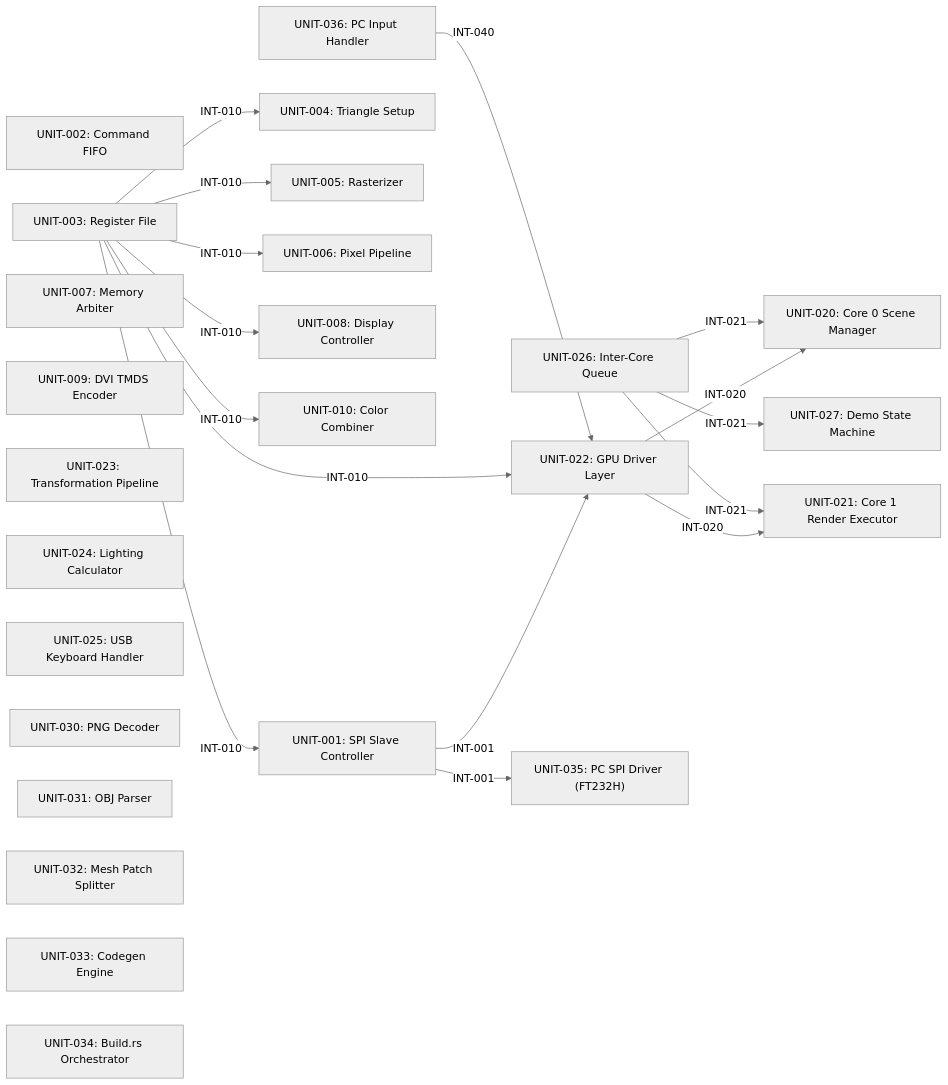
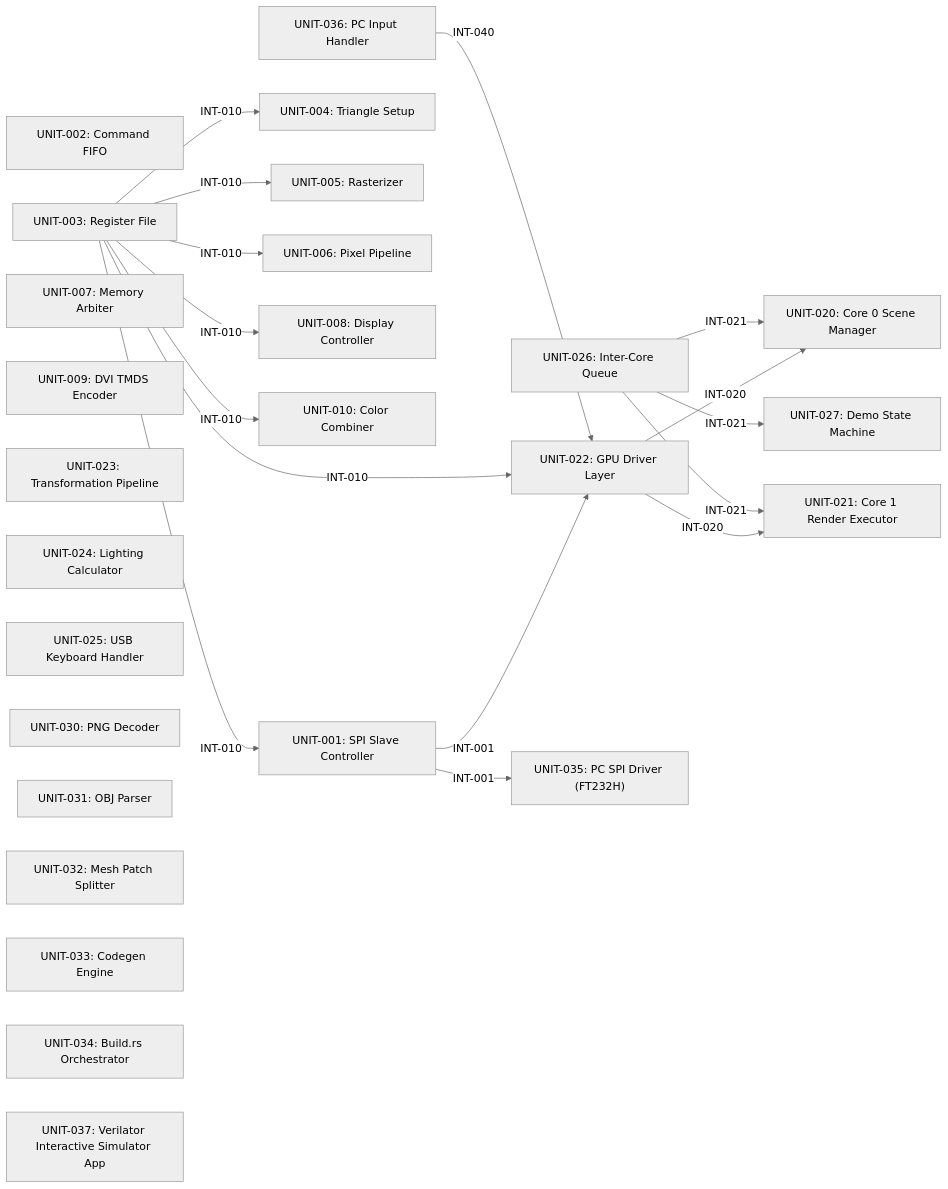
Before and after one commit to londey/pico-gs: the second of 2 diagrams in ARCHITECTURE.md, drawn with Mermaid (neutral theme). The commit also changed other lines of this file and 12 other files, not shown here.

````diff
--- a/ARCHITECTURE.md
+++ b/ARCHITECTURE.md
@@ -319,43 +319,44 @@
 ```mermaid
 flowchart LR
     UNIT_001["UNIT-001: SPI Slave Controller"]
     UNIT_002["UNIT-002: Command FIFO"]
     UNIT_003["UNIT-003: Register File"]
     UNIT_004["UNIT-004: Triangle Setup"]
     UNIT_005["UNIT-005: Rasterizer"]
     UNIT_006["UNIT-006: Pixel Pipeline"]
     UNIT_007["UNIT-007: Memory Arbiter"]
     UNIT_008["UNIT-008: Display Controller"]
     UNIT_009["UNIT-009: DVI TMDS Encoder"]
     UNIT_010["UNIT-010: Color Combiner"]
     UNIT_020["UNIT-020: Core 0 Scene Manager"]
     UNIT_021["UNIT-021: Core 1 Render Executor"]
     UNIT_022["UNIT-022: GPU Driver Layer"]
     UNIT_023["UNIT-023: Transformation Pipeline"]
     UNIT_024["UNIT-024: Lighting Calculator"]
     UNIT_025["UNIT-025: USB Keyboard Handler"]
     UNIT_026["UNIT-026: Inter-Core Queue"]
     UNIT_027["UNIT-027: Demo State Machine"]
     UNIT_030["UNIT-030: PNG Decoder"]
     UNIT_031["UNIT-031: OBJ Parser"]
     UNIT_032["UNIT-032: Mesh Patch Splitter"]
     UNIT_033["UNIT-033: Codegen Engine"]
     UNIT_034["UNIT-034: Build.rs Orchestrator"]
     UNIT_035["UNIT-035: PC SPI Driver (FT232H)"]
     UNIT_036["UNIT-036: PC Input Handler"]
+    UNIT_037["UNIT-037: Verilator Interactive Simulator App"]
     UNIT_001 -->|INT-001| UNIT_022
     UNIT_001 -->|INT-001| UNIT_035
     UNIT_003 -->|INT-010| UNIT_001
     UNIT_003 -->|INT-010| UNIT_004
     UNIT_003 -->|INT-010| UNIT_005
     UNIT_003 -->|INT-010| UNIT_006
     UNIT_003 -->|INT-010| UNIT_008
     UNIT_003 -->|INT-010| UNIT_010
     UNIT_003 -->|INT-010| UNIT_022
     UNIT_022 -->|INT-020| UNIT_020
     UNIT_022 -->|INT-020| UNIT_021
     UNIT_026 -->|INT-021| UNIT_020
     UNIT_026 -->|INT-021| UNIT_021
     UNIT_026 -->|INT-021| UNIT_027
     UNIT_036 -->|INT-040| UNIT_022
 ```
````
